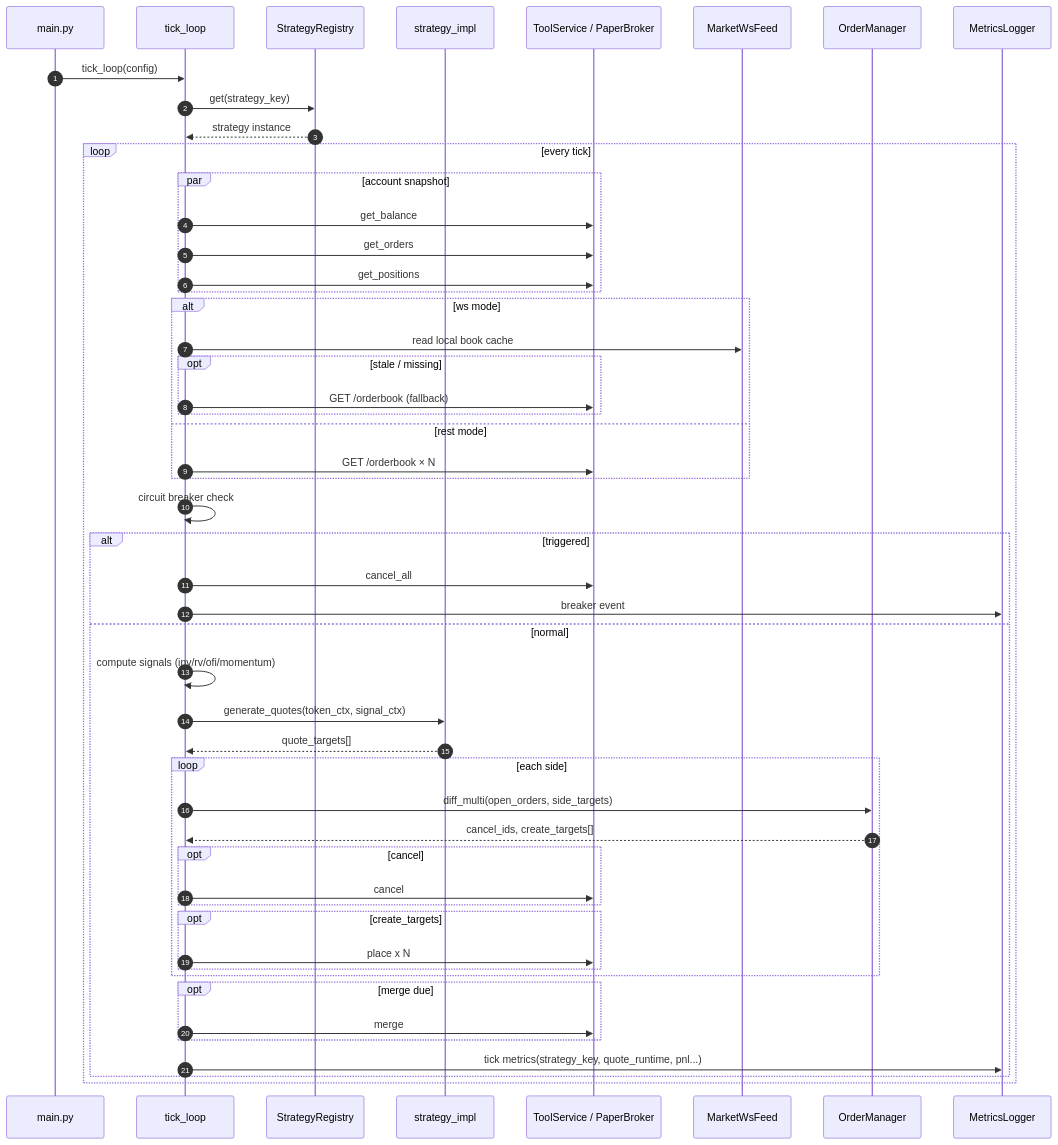
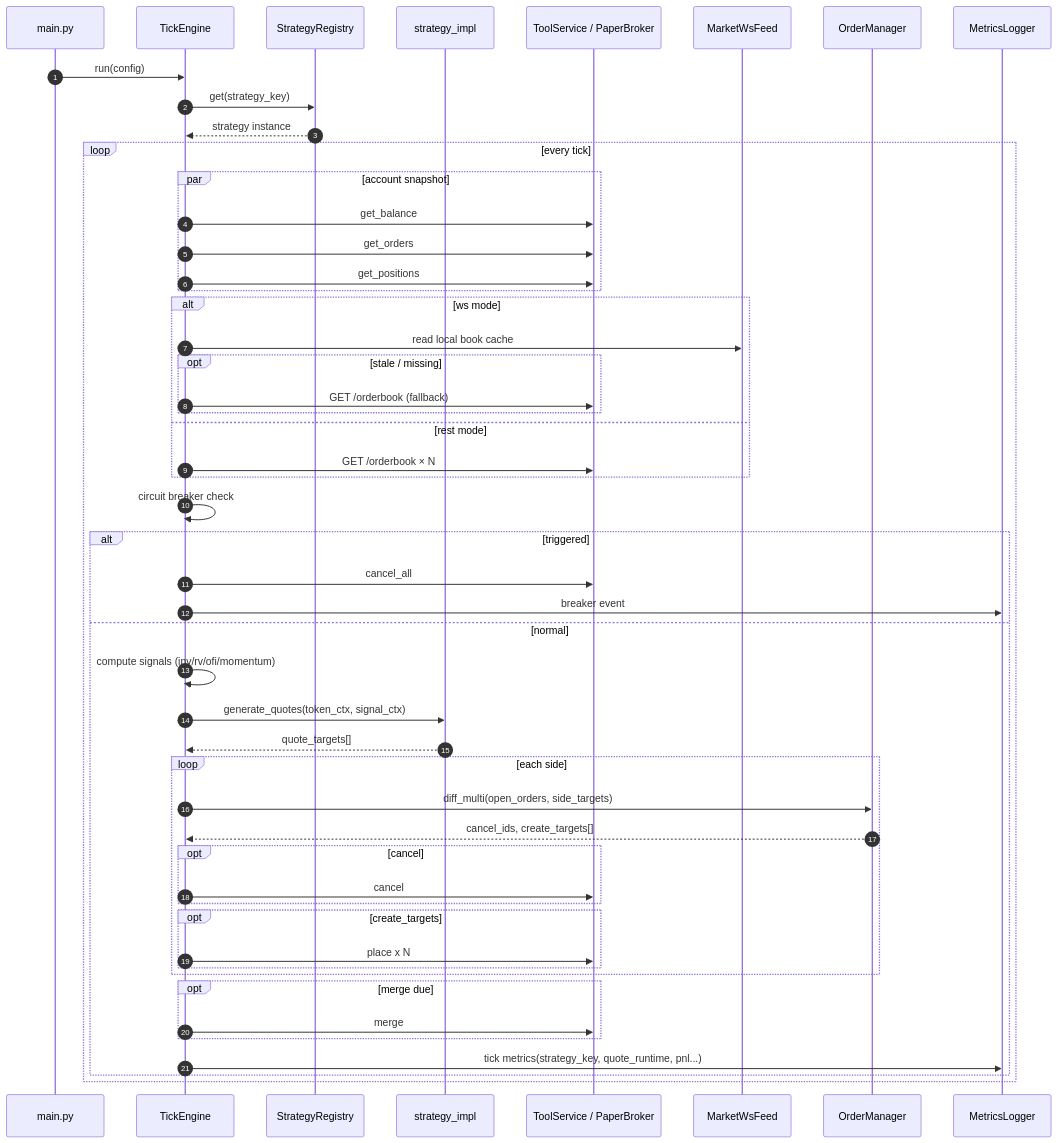
Before and after one commit to jiaruihz/pm_agents: the diagram in pmm/docs/MAIN_FLOW.md, drawn with Mermaid. The commit also changed other lines of this file and 46 other files, not shown here.

````diff
--- a/pmm/docs/MAIN_FLOW.md
+++ b/pmm/docs/MAIN_FLOW.md
@@ -48,57 +48,57 @@
 ```mermaid
 sequenceDiagram
     autonumber
     participant Main as main.py
-    participant Engine as tick_loop
+    participant Engine as TickEngine
     participant Registry as StrategyRegistry
     participant Strat as strategy_impl
     participant API as ToolService / PaperBroker
     participant WS as MarketWsFeed
     participant Diff as OrderManager
     participant Log as MetricsLogger
 
-    Main->>Engine: tick_loop(config)
+    Main->>Engine: run(config)
     Engine->>Registry: get(strategy_key)
     Registry-->>Engine: strategy instance
 
     loop every tick
         par account snapshot
             Engine->>API: get_balance
             Engine->>API: get_orders
             Engine->>API: get_positions
         end
 
         alt ws mode
             Engine->>WS: read local book cache
             opt stale / missing
                 Engine->>API: GET /orderbook (fallback)
             end
         else rest mode
             Engine->>API: GET /orderbook × N
         end
 
         Engine->>Engine: circuit breaker check
         alt triggered
             Engine->>API: cancel_all
             Engine->>Log: breaker event
         else normal
             Engine->>Engine: compute signals (inv/rv/ofi/momentum)
             Engine->>Strat: generate_quotes(token_ctx, signal_ctx)
             Strat-->>Engine: quote_targets[]
             loop each side
                 Engine->>Diff: diff_multi(open_orders, side_targets)
                 Diff-->>Engine: cancel_ids, create_targets[]
                 opt cancel
                     Engine->>API: cancel
                 end
                 opt create_targets
                     Engine->>API: place x N
                 end
             end
             opt merge due
                 Engine->>API: merge
             end
             Engine->>Log: tick metrics(strategy_key, quote_runtime, pnl...)
         end
     end
 ```
````
